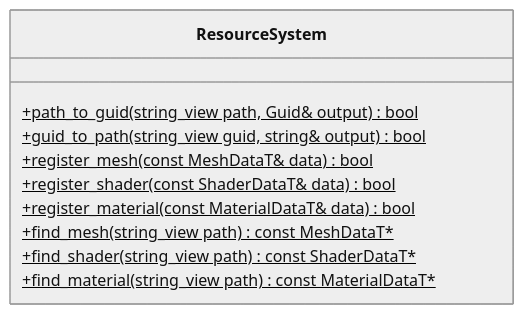
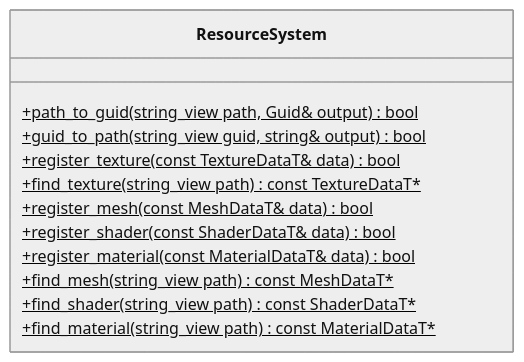
One commit to lcals/Engine changed the seventh of 7 diagrams in docs/runtime/class-diagrams/resource-system.md. Above: the diagram before and after it, drawn with Mermaid (neutral theme). The commit also changed other lines of this file and 125 other files, not shown here.

````diff
--- a/docs/runtime/class-diagrams/resource-system.md
+++ b/docs/runtime/class-diagrams/resource-system.md
@@ -124,13 +124,15 @@
 ```mermaid
 classDiagram
     class ResourceSystem {
         +path_to_guid(string_view path, Guid& output) bool$
         +guid_to_path(string_view guid, string& output) bool$
+        +register_texture(const TextureDataT& data) bool$
+        +find_texture(string_view path) const TextureDataT#42;$
         +register_mesh(const MeshDataT& data) bool$
         +register_shader(const ShaderDataT& data) bool$
         +register_material(const MaterialDataT& data) bool$
         +find_mesh(string_view path) const MeshDataT#42;$
         +find_shader(string_view path) const ShaderDataT#42;$
         +find_material(string_view path) const MaterialDataT#42;$
     }
 ```
````
